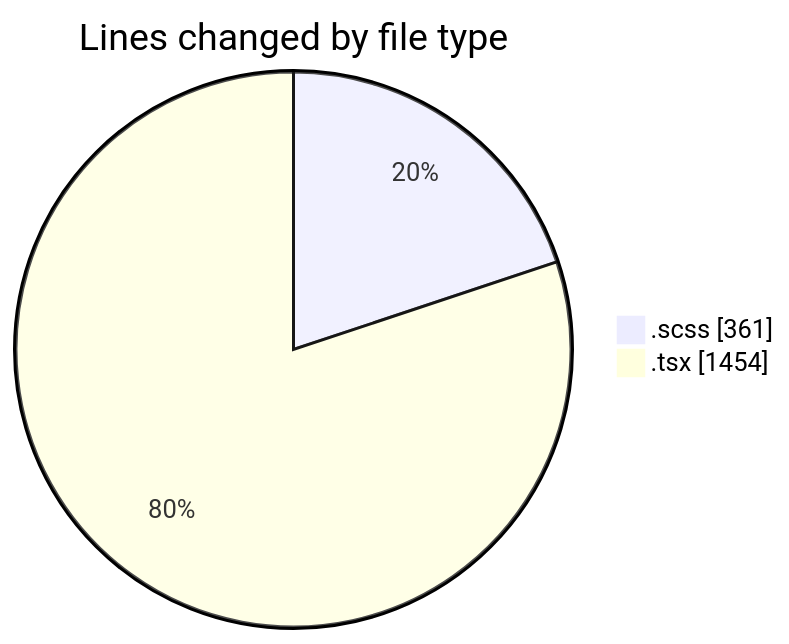
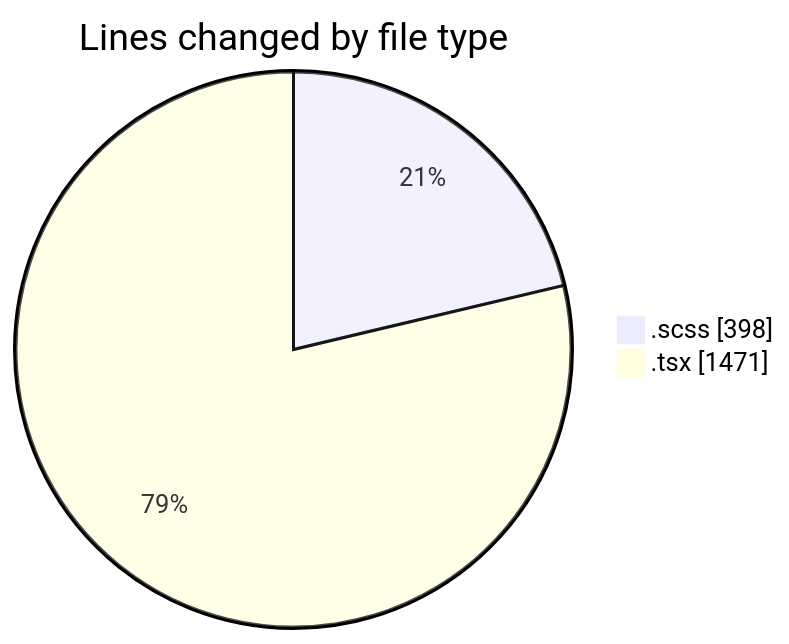
The first of 2 diagrams in 2025-08-28/cda/README.md (momahboobian/code-tracking), drawn with Mermaid before and after one commit. The commit also changed other lines of this file and 1 other file, not shown here.

````diff
--- a/2025-08-28/cda/README.md
+++ b/2025-08-28/cda/README.md
@@ -26,6 +26,6 @@
 ```mermaid
 pie showData
 title Lines changed by file type
-".scss" : 361
-".tsx" : 1454
+".scss" : 398
+".tsx" : 1471
 ```
````
